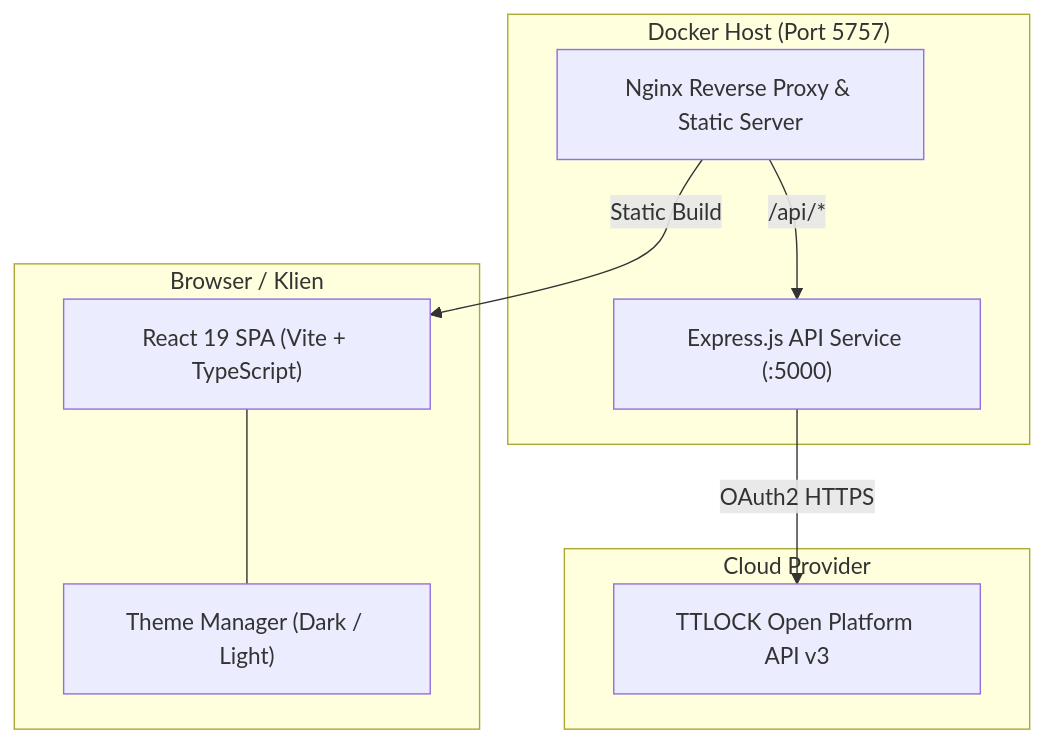
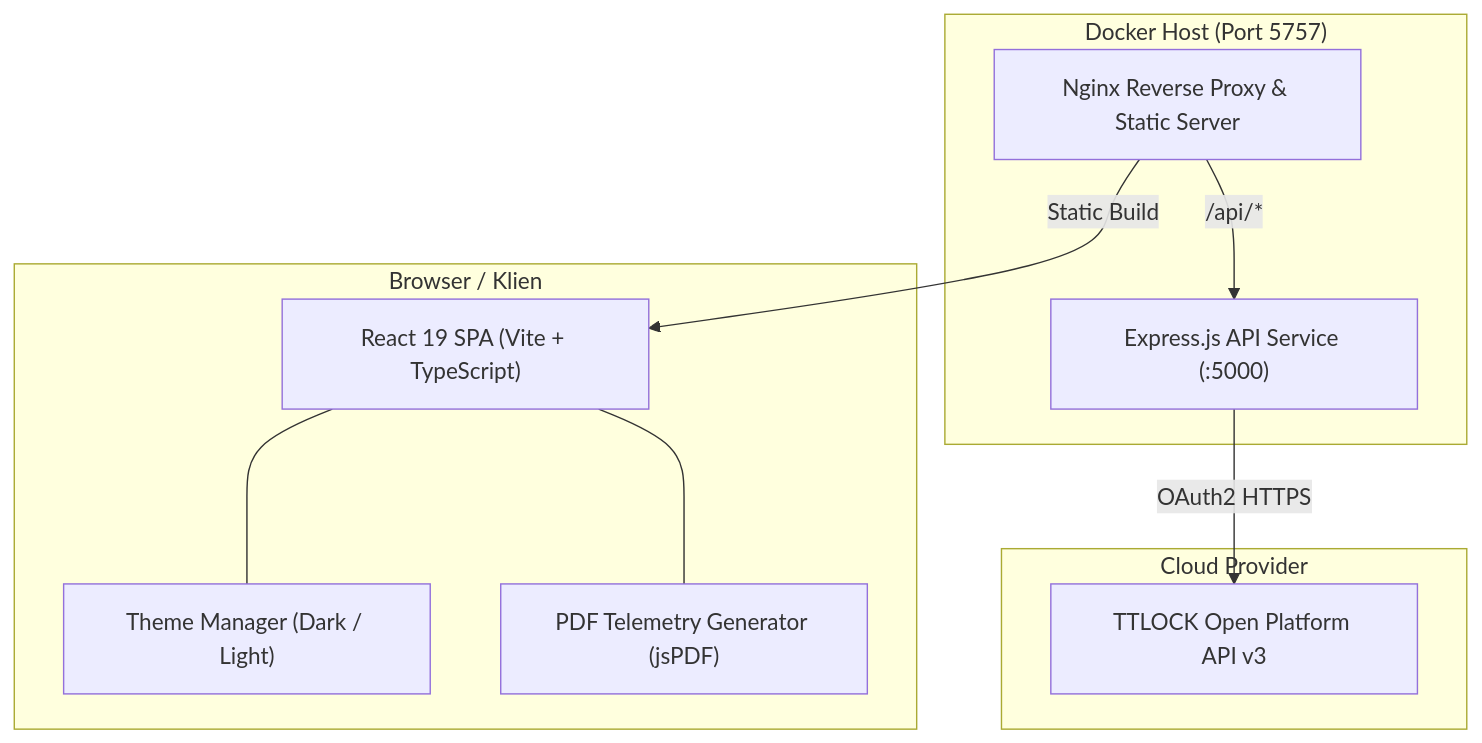
One commit to helmipradita/ttlock-dashboard changed the diagram in README.md. Above: the diagram before and after it, drawn with Mermaid. The commit also changed other lines of this file and 37 other files, not shown here.

````diff
--- a/README.md
+++ b/README.md
@@ -39,20 +43,22 @@
 ```mermaid
 graph TB
     subgraph Klien["Browser / Klien"]
         UI["React 19 SPA (Vite + TypeScript)"]
         Theme["Theme Manager (Dark / Light)"]
+        PdfGen["PDF Telemetry Generator (jsPDF)"]
         UI --- Theme
+        UI --- PdfGen
     end
 
     subgraph Docker["Docker Host (Port 5757)"]
         Nginx["Nginx Reverse Proxy & Static Server"]
         Backend["Express.js API Service (:5000)"]
         Nginx -->|"/api/*"| Backend
         Nginx -->|"Static Build"| UI
     end
 
     subgraph External["Cloud Provider"]
         TTLock["TTLOCK Open Platform API v3"]
         Backend -->|"OAuth2 HTTPS"| TTLock
     end
 ```
````
